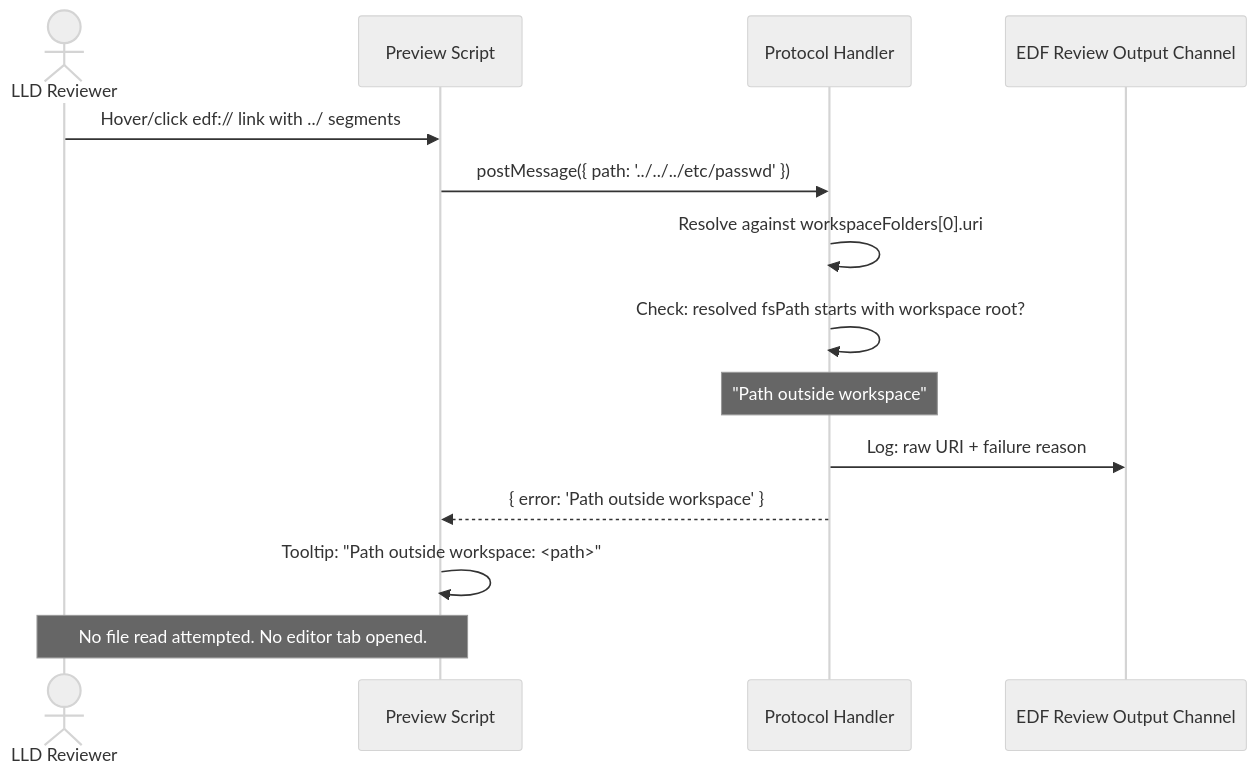
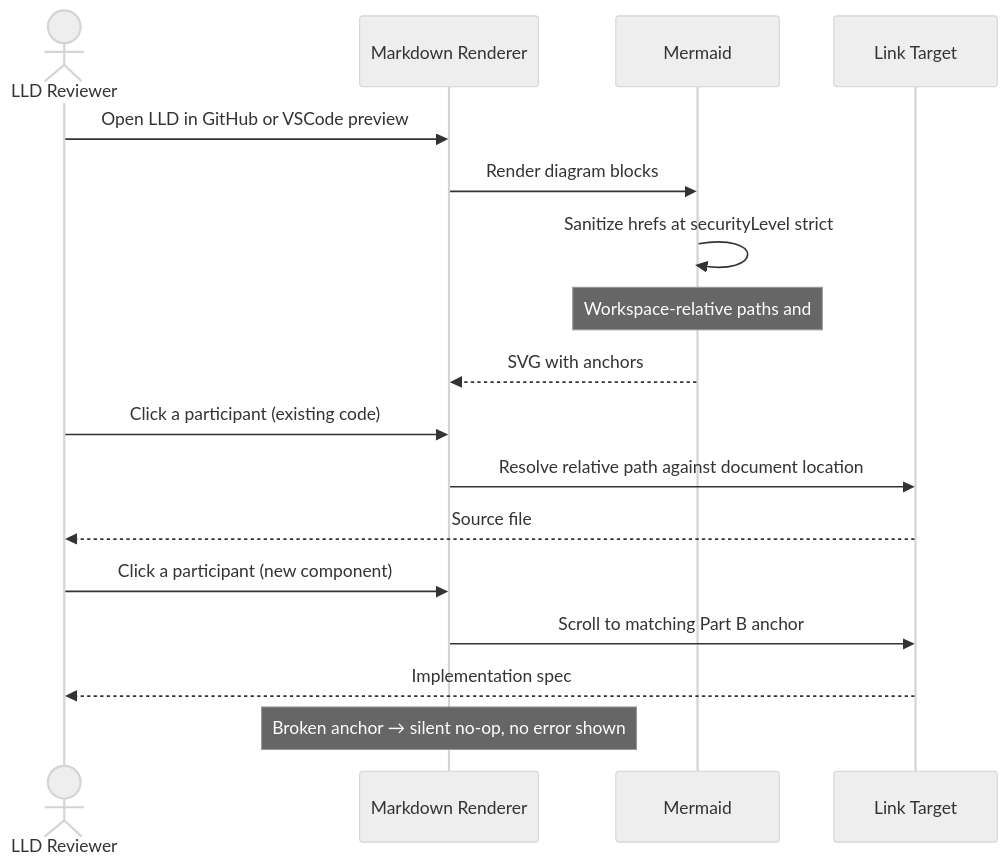
Before and after one commit to mironyx/engineering-delivery-framework: the third of 5 diagrams in plugins/edf/docs/design/v1/v1-design.md, drawn with Mermaid (neutral theme). The commit also changed other lines of this file, not shown here.

First line of the commit message:
docs: HLD v1 rewrite — capabilities, components, interactions against requirements v1.1

````diff
--- a/plugins/edf/docs/design/v1/v1-design.md
+++ b/plugins/edf/docs/design/v1/v1-design.md
@@ -426,17 +428,22 @@
 ```mermaid
 sequenceDiagram
     actor Reviewer as LLD Reviewer
-    participant Script as Preview Script
-    participant Handler as Protocol Handler
-    participant Logger as EDF Review Output Channel
+    participant Renderer as Markdown Renderer
+    participant Mermaid as Mermaid
+    participant Target as Link Target
 
-    Reviewer->>Script: Hover/click edf:// link with ../ segments
-    Script->>Handler: postMessage({ path: '../../../etc/passwd' })
-    Handler->>Handler: Resolve against workspaceFolders[0].uri
-    Handler->>Handler: Check: resolved fsPath starts with workspace root?
-    Note over Handler: "Path outside workspace"
-    Handler->>Logger: Log: raw URI + failure reason
-    Handler-->>Script: { error: 'Path outside workspace' }
-    Script->>Script: Tooltip: "Path outside workspace: <path>"
-    Note over Reviewer,Script: No file read attempted. No editor tab opened.
+    Reviewer->>Renderer: Open LLD in GitHub or VSCode preview
+    Renderer->>Mermaid: Render diagram blocks
+    Mermaid->>Mermaid: Sanitize hrefs at securityLevel strict
+    Note over Mermaid: Workspace-relative paths and #fragments survive.<br/>Custom schemes are stripped — hence no edf://
+    Mermaid-->>Renderer: SVG with anchors
+
+    Reviewer->>Renderer: Click a participant (existing code)
+    Renderer->>Target: Resolve relative path against document location
+    Target-->>Reviewer: Source file
+
+    Reviewer->>Renderer: Click a participant (new component)
+    Renderer->>Target: Scroll to matching Part B anchor
+    Target-->>Reviewer: Implementation spec
+    Note over Renderer: Broken anchor → silent no-op, no error shown
 ```
````
